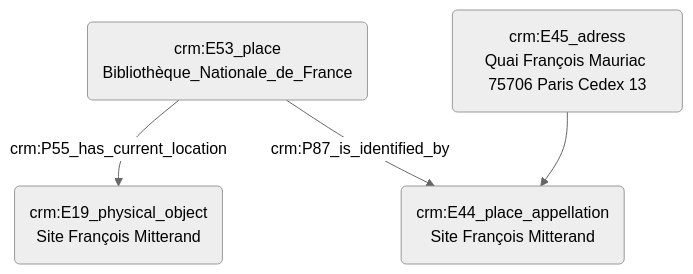
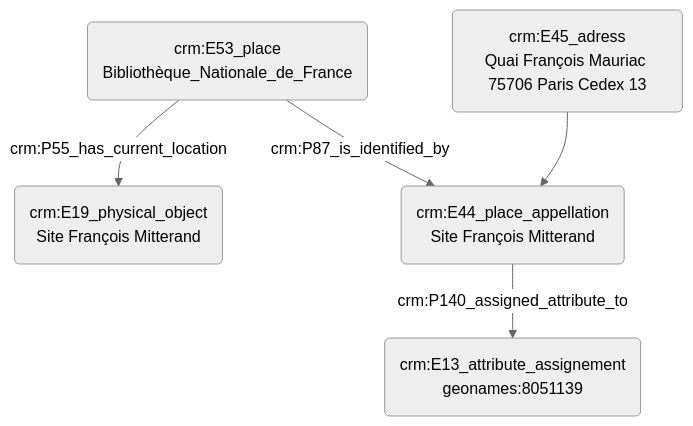
The diagram in modules/livrables/Dossier 2/Indexation conceptuelle/indexation_d_un_lieu.md (Amleth/consortium-musica2-gt2-ontologies), drawn with Mermaid (neutral theme) before and after one commit. The commit also changed other lines of this file, not shown here.

````diff
--- a/modules/livrables/Dossier 2/Indexation conceptuelle/indexation_d_un_lieu.md
+++ b/modules/livrables/Dossier 2/Indexation conceptuelle/indexation_d_un_lieu.md
@@ -11,12 +11,9 @@
 ```mermaid
 graph TD;
 
 A(crm:E53_place<br>Bibliothèque_Nationale_de_France) --> |crm:P55_has_current_location| B(crm:E19_physical_object<br>Site François Mitterand)
 A(crm:E53_place<br>Bibliothèque_Nationale_de_France) --> |crm:P87_is_identified_by| C(crm:E44_place_appellation<br>Site François Mitterand)
 D(crm:E45_adress<br>Quai François Mauriac 75706 Paris Cedex 13) --> C(crm:E44_place_appellation<br>Site François Mitterand)
-
-
-
-
+C(crm:E44_place_appellation<br>Site François Mitterand) --> |crm:P140_assigned_attribute_to| E(crm:E13_attribute_assignement<br>geonames:8051139)
 
 ```
````
